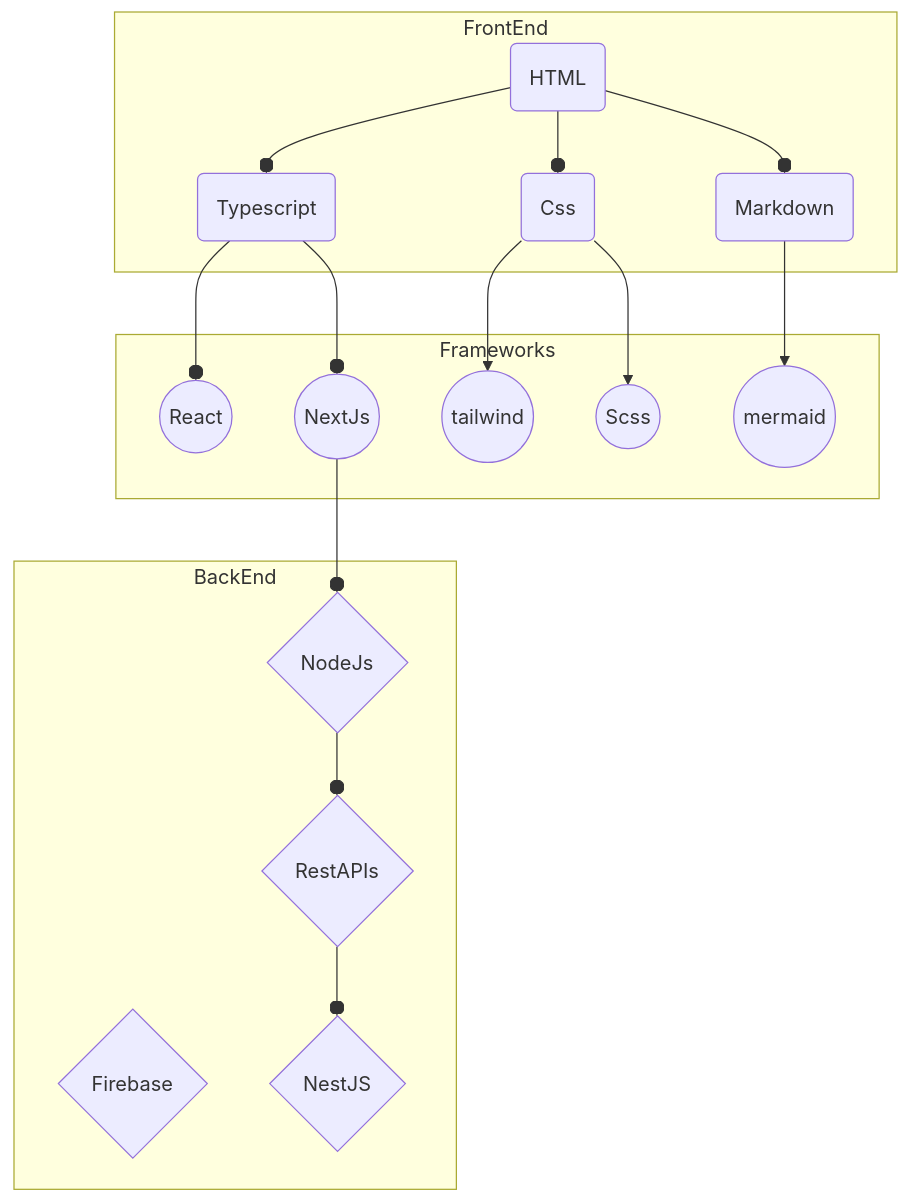
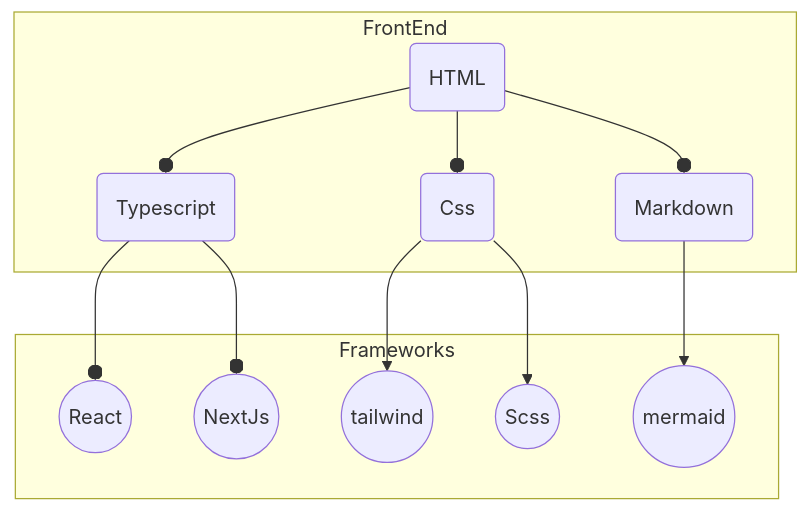
One commit to ricardoiso/ricardoiso changed the first of 3 diagrams in README.md. Above: the diagram before and after it, drawn with Mermaid.

Commit message:
fix: backend mermaid graph

````diff
--- a/README.md
+++ b/README.md
@@ -29,46 +29,33 @@
 ```mermaid
 flowchart 
 f1(HTML)
 f2(Css)
 f3(Typescript)
 f4(Markdown)
 fw1((React))
 fw2((NextJs))
 fw4((tailwind))
 fw5((Scss))
 fw6((mermaid))
-b1{NodeJs}
-b2{RestAPIs}
-b3{Firebase}
-b4{NestJS}
- subgraph  BackEnd
-b1
-b2
-b3
-b4
- end  
  subgraph Frameworks 
 fw1
 fw2
 fw4
 fw5
 fw6
  end
   subgraph  FrontEnd 
  f1
  f2
  f3
  f4
  end  
  f1 --o f2
  f1 --o f3
  f1 --o f4
  f2 --> fw4
  f2 --> fw5
  f3 --o fw1
  f3 --o fw2
- fw2 --o b1
  f4 --> fw6
- b1 --o b2
- b2 --o b4
  ```
````
